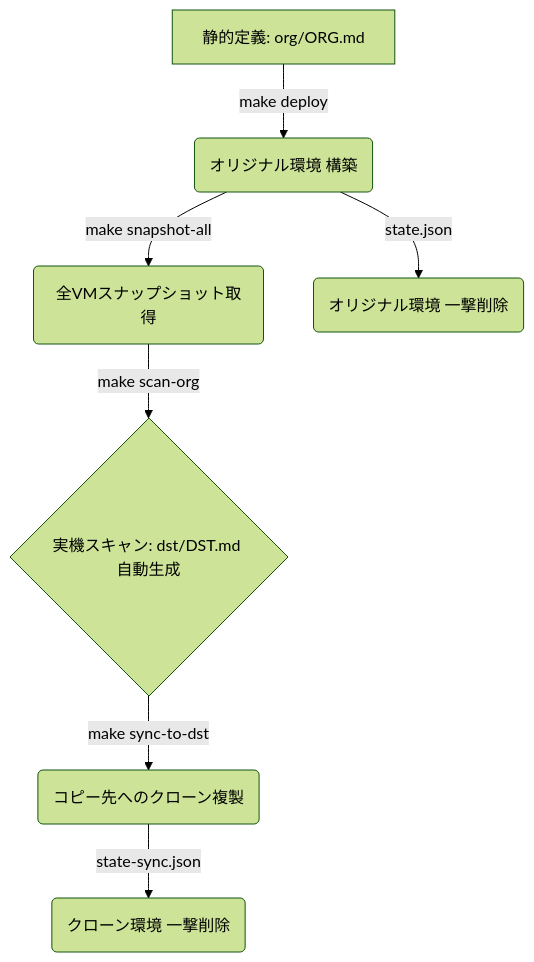
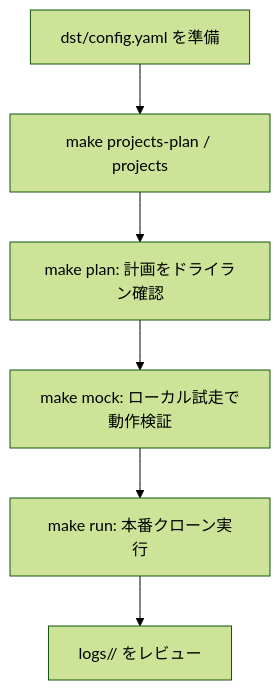
Before and after one commit to shin5ok/gcp-copy-allenv: the diagram in README.md, drawn with Mermaid (forest theme). The commit also changed other lines of this file, not shown here.

````diff
--- a/README.md
+++ b/README.md
@@ -48,9 +74,8 @@
 ```mermaid
 graph TD
-    A[静的定義: org/ORG.md] -->|make deploy| B(オリジナル環境 構築)
-    B -->|make snapshot-all| C(全VMスナップショット取得)
-    C -->|make scan-org| D{実機スキャン: dst/DST.md 自動生成}
-    D -->|make sync-to-dst| E(コピー先へのクローン複製)
-    E -->|state-sync.json| F(クローン環境 一撃削除)
-    B -->|state.json| G(オリジナル環境 一撃削除)
+    A[dst/config.yaml を準備] --> B[make projects-plan / projects]
+    B --> C[make plan: 計画をドライラン確認]
+    C --> D[make mock: ローカル試走で動作検証]
+    D --> E[make run: 本番クローン実行]
+    E --> F[logs/<timestamp>/ をレビュー]
 ```
````
